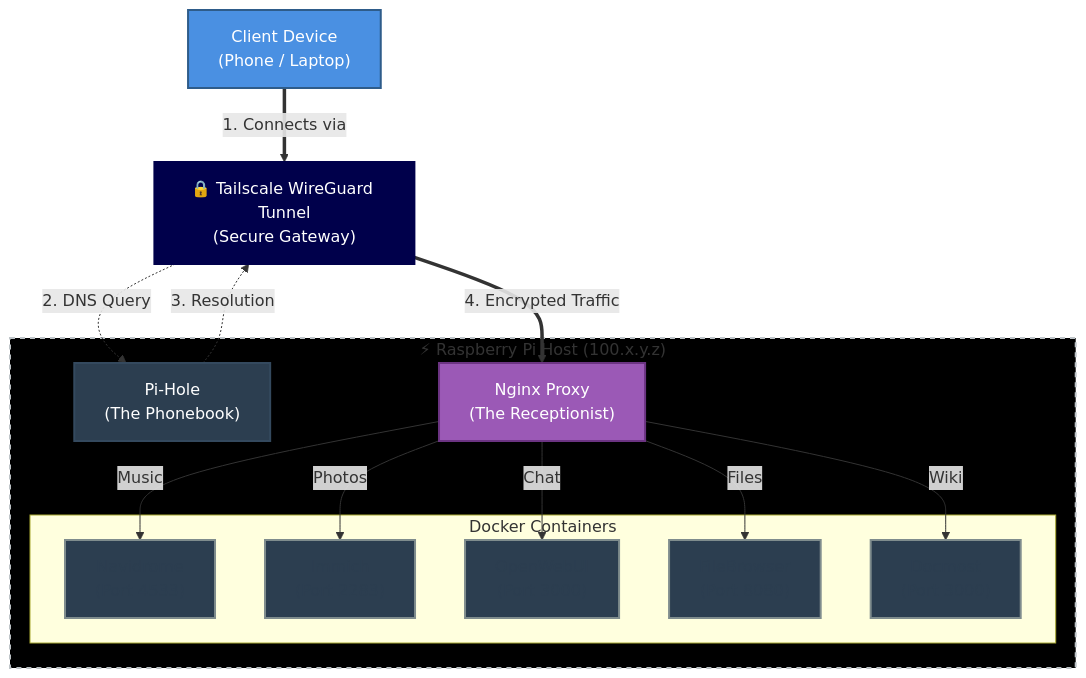
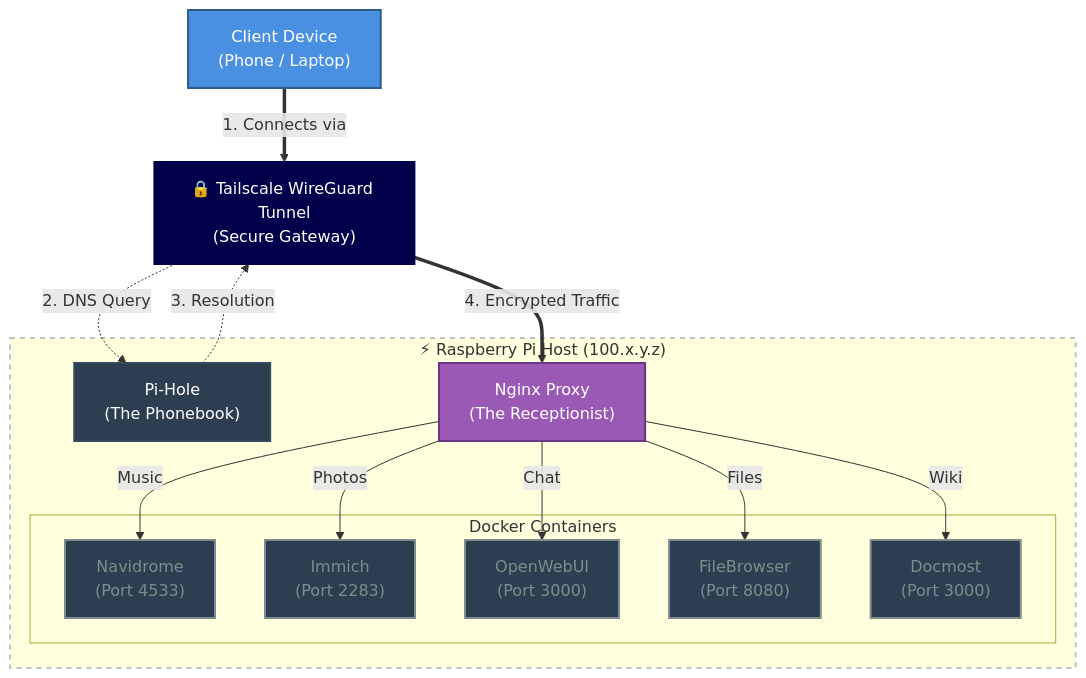
The diagram in README.md (spaceadler/homelab), drawn with Mermaid before and after one commit.

````diff
--- a/README.md
+++ b/README.md
@@ -55,65 +55,65 @@
 ```mermaid
 graph TD
 %% --- STYLING DEFINITIONS ---
     
     %% CLIENT (The User Device) -> Currently Bright Blue
     %% fill: Background Color | stroke: Border Color | color: Text Color
     classDef client fill:#4A90E2,stroke:#2E5C8A,stroke-width:2px,color:#fff;
 
     %% DNS (Pi-Hole) -> Currently Dark Navy/Grey
     classDef dns fill:#2C3E50,stroke:#34495E,stroke-width:2px,color:#fff;
 
     %% PROXY (Nginx) -> Currently Purple
     classDef proxy fill:#9B59B6,stroke:#6C3483,stroke-width:2px,color:#fff;
 
     %% SERVICES (The Containers) -> Currently Light Grey/White
-    classDef service fill:#2C3E50,stroke:#7F8C8D,stroke-width:2px,color:#2C3E50;
+    classDef service fill:#2C3E50,stroke:#7F8C8D,stroke-width:2px,color:#7F8C8D;
 
     %% VPN (The Tailscale Box) -> Currently Deep Midnight Blue
     classDef vpn fill:#00004B,stroke:#00004B,stroke-width:2px,color:#fff; 
 
     %% HOST (The Raspberry Pi Box) -> Currently White with Dashed Border
-    classDef host fill:#000000,stroke:#BDC3C7,stroke-width:2px,stroke-dasharray: 5 5;
+    classDef host fill:##0D1117,stroke:#BDC3C7,stroke-width:2px,stroke-dasharray: 5 5;
 
     %% NODES
     User["Client Device<br/>(Phone / Laptop)"]:::client
     
     %% THE VPN TUNNEL (The Box the phone goes through)
     VPN["🔒 Tailscale WireGuard Tunnel<br/>(Secure Gateway)"]:::vpn
 
     subgraph Host [" ⚡ Raspberry Pi Host (100.x.y.z) "]
         
         PiHole["Pi-Hole<br/>(The Phonebook)"]:::dns
         Nginx["Nginx Proxy<br/>(The Receptionist)"]:::proxy
         
         subgraph Containers [" Docker Containers "]
             Music["Navidrome<br/>(Port 4533)"]:::service
             Immich["Immich<br/>(Port 2283)"]:::service
             AI["OpenWebUI<br/>(Port 3000)"]:::service
             Files["FileBrowser<br/>(Port 8080)"]:::service
             Docs["Docmost<br/>(Port 3000)"]:::service
         end
     end
 
     %% LOGIC FLOW
     
     %% Step 1: The Secure Connection
     User ==>|"1. Connects via"| VPN
 
     %% Step 2: DNS (Through the Tunnel)
     VPN -.->|"2. DNS Query"| PiHole
     PiHole -.->|"3. Resolution"| VPN
 
     %% Step 3: Traffic (Through the Tunnel to Nginx)
     VPN ==>|"4. Encrypted Traffic"| Nginx
 
     %% Step 4: Internal Routing
     Nginx -->|"Music"| Music
     Nginx -->|"Photos"| Immich
     Nginx -->|"Chat"| AI
     Nginx -->|"Files"| Files
     Nginx -->|"Wiki"| Docs
 
     %% Style the Host box
     class Host host;
 ```
````
